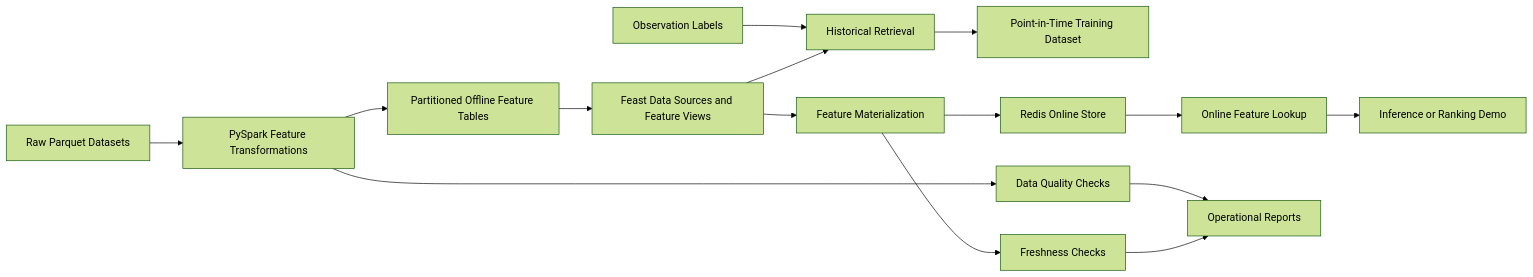
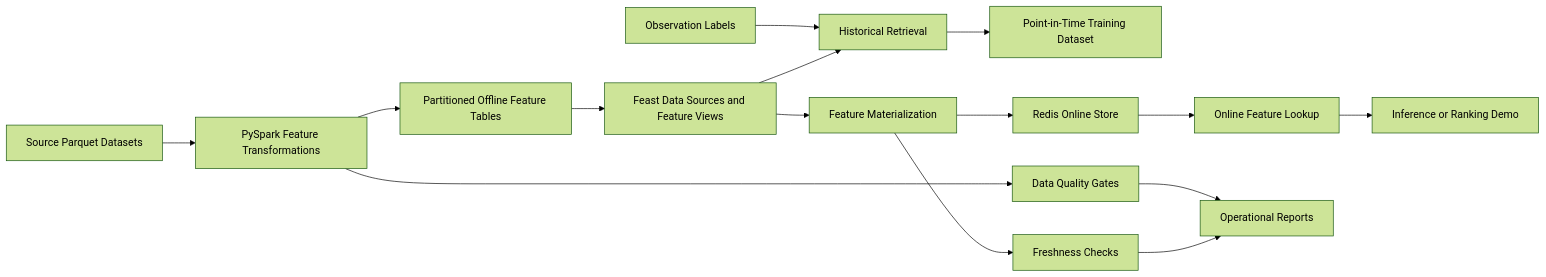
Before and after one commit to oster-dev/featureforge: the second of 2 diagrams in ARCHITECTURE.md, drawn with Mermaid (forest theme). The commit also changed other lines of this file and 2 other files, not shown here.

Commit message:
docs: document feature backfills and offline feature store

````diff
--- a/ARCHITECTURE.md
+++ b/ARCHITECTURE.md
@@ -433,20 +692,20 @@
 ```mermaid
 flowchart LR
-    A[Raw Parquet Datasets] --> B[PySpark Feature Transformations]
+    A[Source Parquet Datasets] --> B[PySpark Feature Transformations]
     B --> C[Partitioned Offline Feature Tables]
     C --> D[Feast Data Sources and Feature Views]
 
     E[Observation Labels] --> F[Historical Retrieval]
     D --> F
     F --> G[Point-in-Time Training Dataset]
 
     D --> H[Feature Materialization]
     H --> I[Redis Online Store]
     I --> J[Online Feature Lookup]
     J --> K[Inference or Ranking Demo]
 
-    B --> L[Data Quality Checks]
+    B --> L[Data Quality Gates]
     H --> M[Freshness Checks]
     L --> N[Operational Reports]
     M --> N
 ```
````
